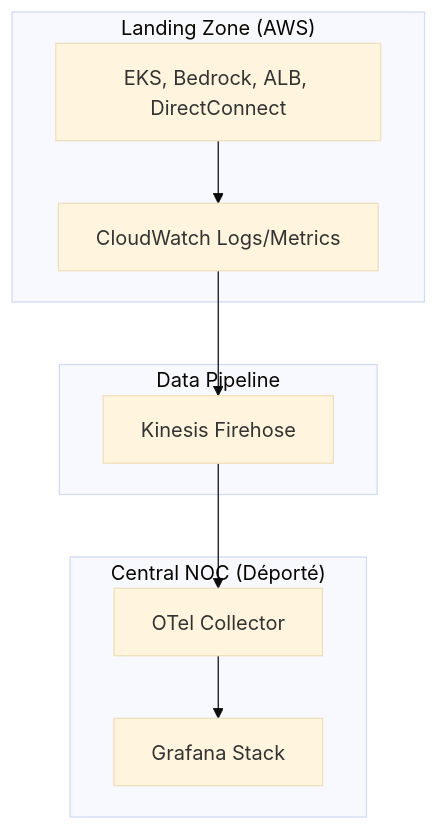
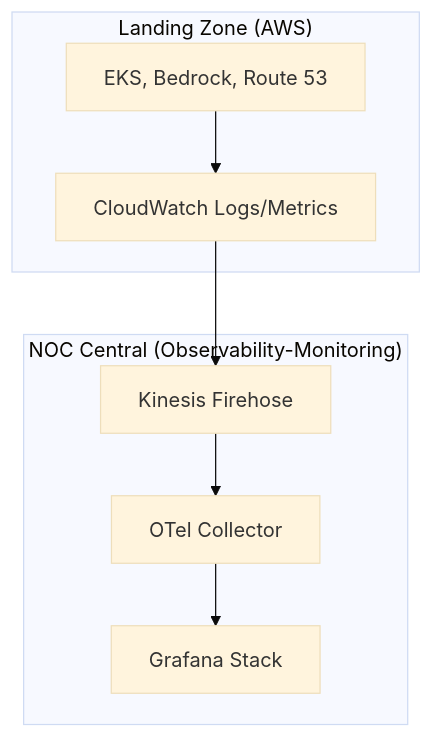
Before and after one commit to ravindrajob/CloudAWS: the diagram in landingZone/Observability (CloudWatch)/README.md, drawn with Mermaid (base theme). The commit also changed other lines of this file, not shown here.

Commit message:
docs: finalisation de l'observabilité déportée avec schémas Mermaid et audits IA v2.3

````diff
--- a/landingZone/Observability (CloudWatch)/README.md
+++ b/landingZone/Observability (CloudWatch)/README.md
@@ -19,21 +14,18 @@
 ```mermaid
 graph TD
     subgraph "Landing Zone (AWS)"
-        Services[EKS, Bedrock, ALB, DirectConnect]
+        Services[EKS, Bedrock, Route 53]
         CW[CloudWatch Logs/Metrics]
     end
     
-    subgraph "Data Pipeline"
+    subgraph "NOC Central (Observability-Monitoring)"
         Kinesis[Kinesis Firehose]
-    end
-    
-    subgraph "Central NOC (Déporté)"
         OTel[OTel Collector]
-        LGTM[Grafana Stack]
+        Grafana[Grafana Stack]
     end
 
     Services --> CW
     CW --> Kinesis
     Kinesis --> OTel
-    OTel --> LGTM
+    OTel --> Grafana
 ```
````
